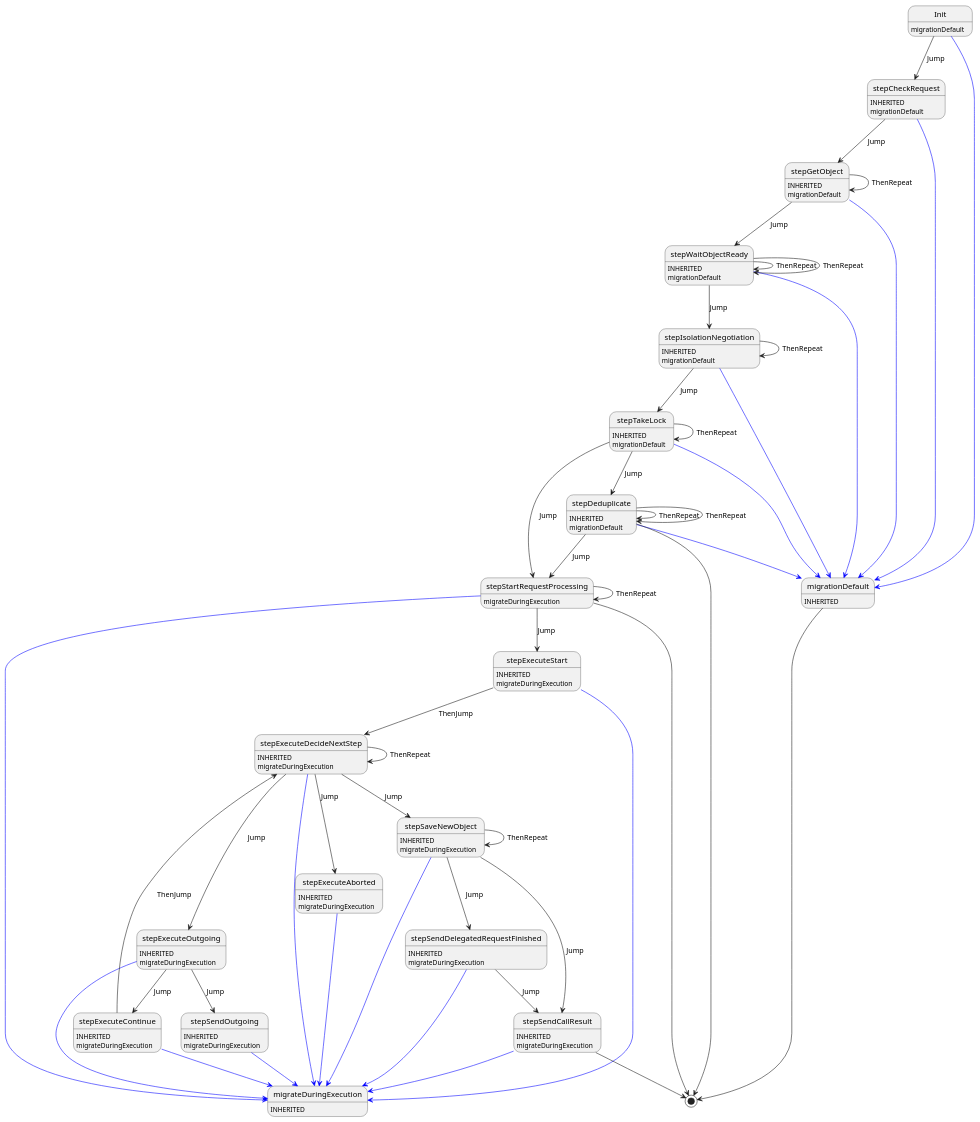
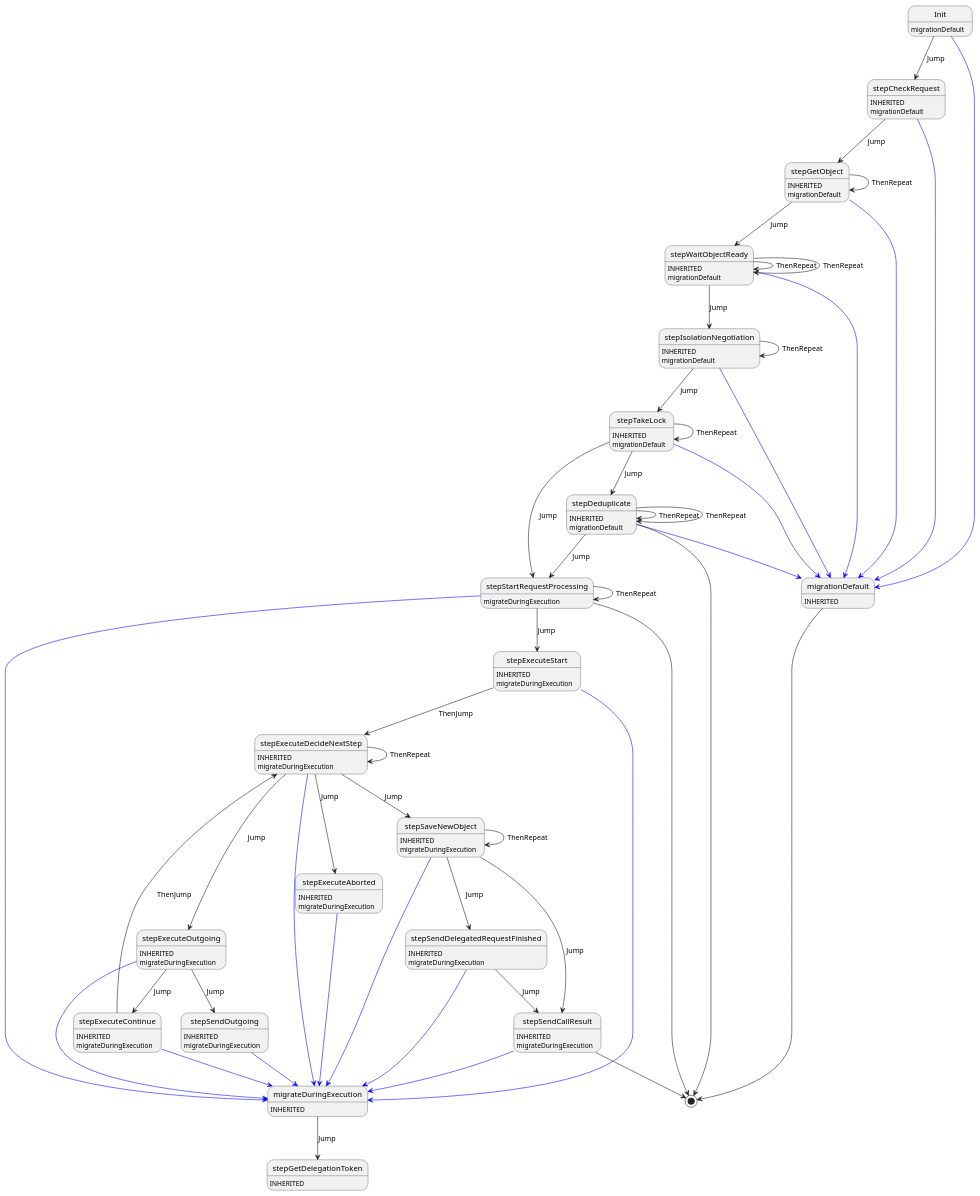
The diagram in ledger-core/virtual/execute/execute.plantuml (insolar/assured-ledger), drawn with PlantUML before and after one commit.

Commit message:
PLAT-309: Regenerate plantuml

```diff
--- a/ledger-core/virtual/execute/execute.plantuml
+++ b/ledger-core/virtual/execute/execute.plantuml
@@ -1,86 +1,88 @@
 @startuml
 Init : migrationDefault
 Init -[#blue]-> migrationDefault
 Init --> stepCheckRequest : Jump
 migrationDefault : INHERITED
 migrationDefault --> [*]
 stepCheckRequest : INHERITED
 stepCheckRequest : migrationDefault
 stepCheckRequest -[#blue]-> migrationDefault
 stepCheckRequest --> stepGetObject : Jump
 stepGetObject : INHERITED
 stepGetObject : migrationDefault
 stepGetObject -[#blue]-> migrationDefault
 stepGetObject --> stepWaitObjectReady : Jump
 stepGetObject --> stepGetObject : ThenRepeat
 stepWaitObjectReady : INHERITED
 stepWaitObjectReady : migrationDefault
 stepWaitObjectReady -[#blue]-> migrationDefault
 stepWaitObjectReady --> stepIsolationNegotiation : Jump
 stepWaitObjectReady --> stepWaitObjectReady : ThenRepeat
 stepWaitObjectReady --> stepWaitObjectReady : ThenRepeat
 stepIsolationNegotiation : INHERITED
 stepIsolationNegotiation : migrationDefault
 stepIsolationNegotiation -[#blue]-> migrationDefault
 stepIsolationNegotiation --> stepTakeLock : Jump
 stepIsolationNegotiation --> stepIsolationNegotiation : ThenRepeat
 stepTakeLock : INHERITED
 stepTakeLock : migrationDefault
 stepTakeLock -[#blue]-> migrationDefault
 stepTakeLock --> stepDeduplicate : Jump
 stepTakeLock --> stepStartRequestProcessing : Jump
 stepTakeLock --> stepTakeLock : ThenRepeat
 stepDeduplicate : INHERITED
 stepDeduplicate : migrationDefault
 stepDeduplicate -[#blue]-> migrationDefault
 stepDeduplicate --> stepStartRequestProcessing : Jump
 stepDeduplicate --> [*]
 stepDeduplicate --> stepDeduplicate : ThenRepeat
 stepDeduplicate --> stepDeduplicate : ThenRepeat
 stepStartRequestProcessing : migrateDuringExecution
 stepStartRequestProcessing -[#blue]-> migrateDuringExecution
 stepStartRequestProcessing --> stepExecuteStart : Jump
 stepStartRequestProcessing --> [*]
 stepStartRequestProcessing --> stepStartRequestProcessing : ThenRepeat
 migrateDuringExecution : INHERITED
+migrateDuringExecution --> stepGetDelegationToken : Jump
 stepExecuteStart : INHERITED
 stepExecuteStart : migrateDuringExecution
 stepExecuteStart -[#blue]-> migrateDuringExecution
 stepExecuteStart --> stepExecuteDecideNextStep : ThenJump
+stepGetDelegationToken : INHERITED
 stepExecuteDecideNextStep : INHERITED
 stepExecuteDecideNextStep : migrateDuringExecution
 stepExecuteDecideNextStep -[#blue]-> migrateDuringExecution
 stepExecuteDecideNextStep --> stepSaveNewObject : Jump
 stepExecuteDecideNextStep --> stepExecuteAborted : Jump
 stepExecuteDecideNextStep --> stepExecuteOutgoing : Jump
 stepExecuteDecideNextStep --> stepExecuteDecideNextStep : ThenRepeat
 stepSaveNewObject : INHERITED
 stepSaveNewObject : migrateDuringExecution
 stepSaveNewObject -[#blue]-> migrateDuringExecution
 stepSaveNewObject --> stepSendDelegatedRequestFinished : Jump
 stepSaveNewObject --> stepSendCallResult : Jump
 stepSaveNewObject --> stepSaveNewObject : ThenRepeat
 stepExecuteAborted : INHERITED
 stepExecuteAborted : migrateDuringExecution
 stepExecuteAborted -[#blue]-> migrateDuringExecution
 stepExecuteOutgoing : INHERITED
 stepExecuteOutgoing : migrateDuringExecution
 stepExecuteOutgoing -[#blue]-> migrateDuringExecution
 stepExecuteOutgoing --> stepSendOutgoing : Jump
 stepExecuteOutgoing --> stepExecuteContinue : Jump
 stepSendDelegatedRequestFinished : INHERITED
 stepSendDelegatedRequestFinished : migrateDuringExecution
 stepSendDelegatedRequestFinished -[#blue]-> migrateDuringExecution
 stepSendDelegatedRequestFinished --> stepSendCallResult : Jump
 stepSendCallResult : INHERITED
 stepSendCallResult : migrateDuringExecution
 stepSendCallResult -[#blue]-> migrateDuringExecution
 stepSendCallResult --> [*]
 stepSendOutgoing : INHERITED
 stepSendOutgoing : migrateDuringExecution
 stepSendOutgoing -[#blue]-> migrateDuringExecution
 stepExecuteContinue : INHERITED
 stepExecuteContinue : migrateDuringExecution
 stepExecuteContinue -[#blue]-> migrateDuringExecution
 stepExecuteContinue --> stepExecuteDecideNextStep : ThenJump
 @enduml
```
